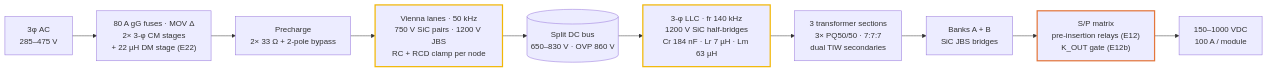
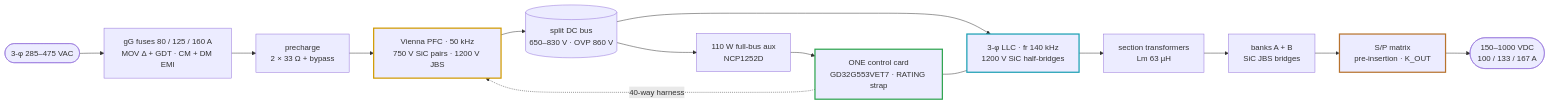
One commit to vectivolt/DC-Modules changed the second of 4 diagrams in README.md. Above: the diagram before and after it, drawn with Mermaid. The commit also changed other lines of this file and 98 other files, not shown here.

````diff
--- a/README.md
+++ b/README.md
@@ -55,15 +74,20 @@
 ```mermaid
 flowchart LR
-  AC["3φ AC<br/>285–475 V"] --> P1["80 A gG fuses · MOV Δ<br/>2× 3-φ CM stages<br/>+ 22 µH DM stage (E22)"]
-  P1 --> P2["Precharge<br/>2× 33 Ω + 2-pole bypass"]
-  P2 --> PFC["Vienna lanes · 50 kHz<br/>750 V SiC pairs · 1200 V JBS<br/>RC + RCD clamp per node"]
-  PFC --> BUS[("Split DC bus<br/>650–830 V · OVP 860 V")]
-  BUS --> LLC["3-φ LLC · fr 140 kHz<br/>1200 V SiC half-bridges<br/>Cr 184 nF · Lr 7 µH · Lm 63 µH"]
-  LLC --> XF["3 transformer sections<br/>3× PQ50/50 · 7:7:7<br/>dual TIW secondaries"]
-  XF --> BK["Banks A + B<br/>SiC JBS bridges"]
-  BK --> SP["S/P matrix<br/>pre-insertion relays (E12)<br/>K_OUT gate (E12b)"]
-  SP --> OUT["150–1000 VDC<br/>100 A / module"]
-  style PFC stroke:#f2b705,stroke-width:2.5px
-  style LLC stroke:#f2b705,stroke-width:2.5px
-  style SP stroke:#e3763c,stroke-width:2.5px
+  AC(["3-φ 285–475 VAC"]) --> EMI["gG fuses 80 / 125 / 160 A<br/>MOV Δ + GDT · CM + DM EMI"]
+  EMI --> PRE["precharge<br/>2 × 33 Ω + bypass"]
+  PRE --> V["Vienna PFC · 50 kHz<br/>750 V SiC pairs · 1200 V JBS"]
+  V --> BUS[("split DC bus<br/>650–830 V · OVP 860 V")]
+  BUS --> LLC["3-φ LLC · fr 140 kHz<br/>1200 V SiC half-bridges"]
+  LLC --> XF["section transformers<br/>Lm 63 µH"]
+  XF --> BK["banks A + B<br/>SiC JBS bridges"]
+  BK --> SP["S/P matrix<br/>pre-insertion · K_OUT"]
+  SP --> OUT(["150–1000 VDC<br/>100 / 133 / 167 A"])
+  CARD["ONE control card<br/>GD32G553VET7 · RATING strap"] -. "40-way harness" .-> V
+  CARD --- LLC
+  AUX["110 W full-bus aux<br/>NCP1252D"] --> CARD
+  BUS --> AUX
+  style V stroke:#d19a00,stroke-width:2.5px
+  style LLC stroke:#1a9fb3,stroke-width:2.5px
+  style SP stroke:#b8732e,stroke-width:2.5px
+  style CARD stroke:#2ea44f,stroke-width:2.5px
 ```
````
